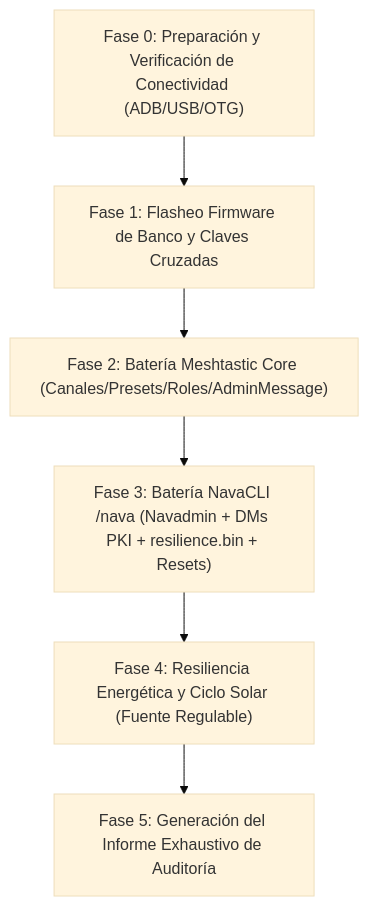
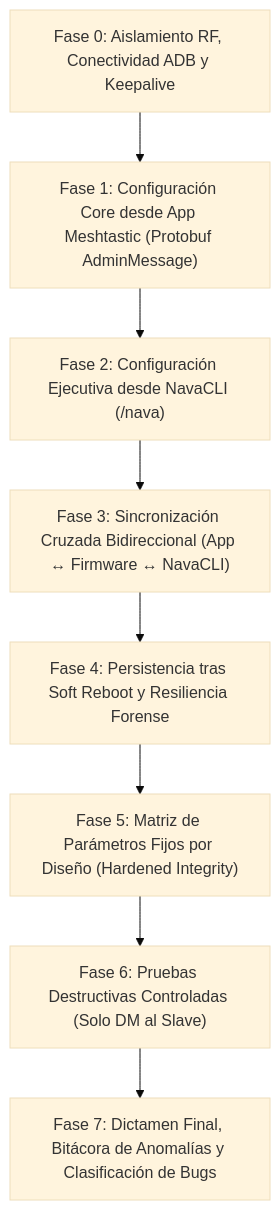
The diagram in docs/cerebro/12_auditoria_navatastic.md (EA2OY/NavaTastic), drawn with Mermaid (base theme) before and after one commit. The commit also changed other lines of this file and 3 other files, not shown here.

````diff
--- a/docs/cerebro/12_auditoria_navatastic.md
+++ b/docs/cerebro/12_auditoria_navatastic.md
@@ -64,8 +46,10 @@
 ```mermaid
 flowchart TD
-    F0["Fase 0: Preparación y Verificación de Conectividad (ADB/USB/OTG)"] --> F1["Fase 1: Flasheo Firmware de Banco y Claves Cruzadas"]
-    F1 --> F2["Fase 2: Batería Meshtastic Core (Canales/Presets/Roles/AdminMessage)"]
-    F2 --> F3["Fase 3: Batería NavaCLI /nava (Navadmin + DMs PKI + resilience.bin + Resets)"]
-    F3 --> F4["Fase 4: Resiliencia Energética y Ciclo Solar (Fuente Regulable)"]
-    F4 --> F5["Fase 5: Generación del Informe Exhaustivo de Auditoría"]
+    F0["Fase 0: Aislamiento RF, Conectividad ADB y Keepalive"] --> F1["Fase 1: Configuración Core desde App Meshtastic (Protobuf AdminMessage)"]
+    F1 --> F2["Fase 2: Configuración Ejecutiva desde NavaCLI (/nava)"]
+    F2 --> F3["Fase 3: Sincronización Cruzada Bidireccional (App ↔ Firmware ↔ NavaCLI)"]
+    F3 --> F4["Fase 4: Persistencia tras Soft Reboot y Resiliencia Forense"]
+    F4 --> F5["Fase 5: Matriz de Parámetros Fijos por Diseño (Hardened Integrity)"]
+    F5 --> F6["Fase 6: Pruebas Destructivas Controladas (Solo DM al Slave)"]
+    F6 --> F7["Fase 7: Dictamen Final, Bitácora de Anomalías y Clasificación de Bugs"]
 ```
````
